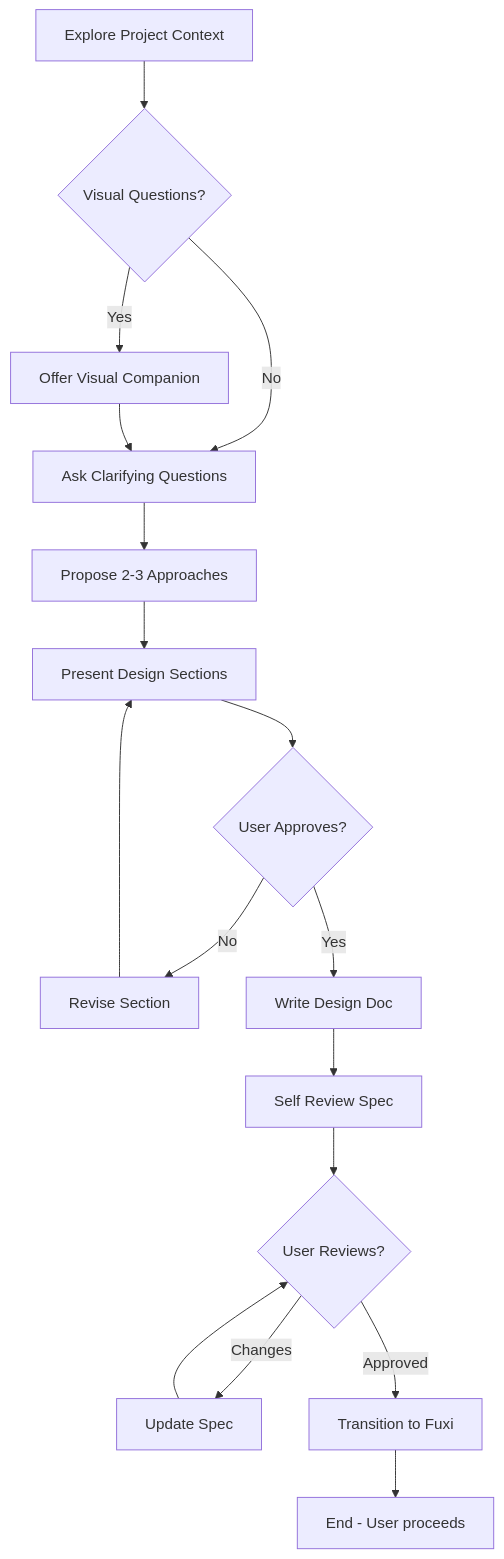
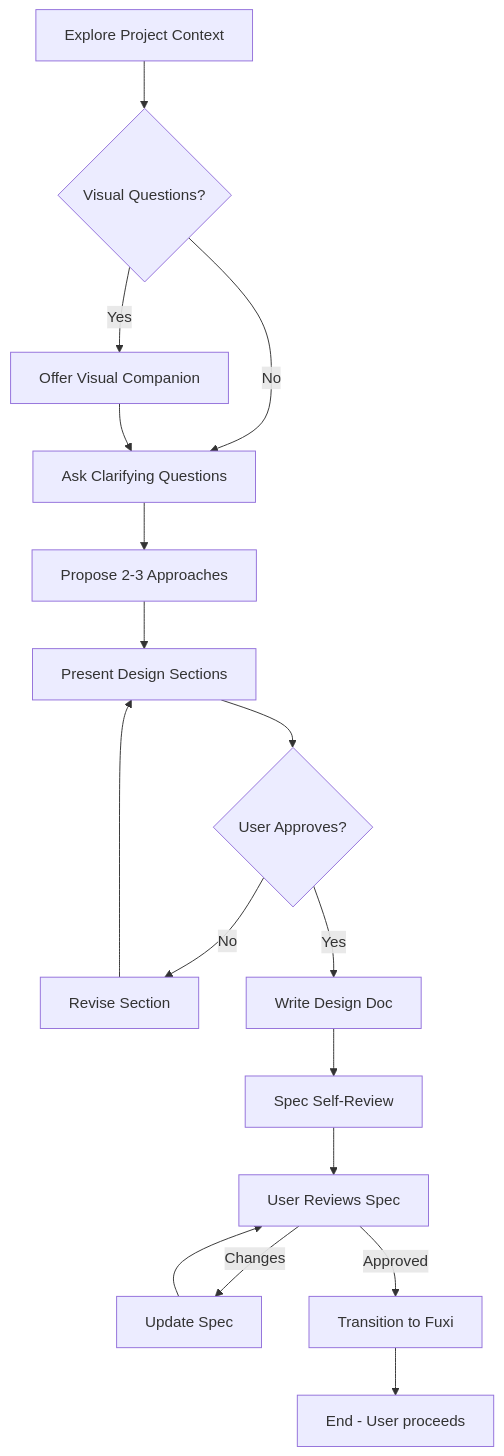
One commit to vanpipy/sages changed the diagram in pi/skills/brainstorming/SKILL.md. Above: the diagram before and after it, drawn with Mermaid. The commit also changed other lines of this file and 1 other file, not shown here.

````diff
--- a/pi/skills/brainstorming/SKILL.md
+++ b/pi/skills/brainstorming/SKILL.md
@@ -38,19 +38,19 @@
 ```mermaid
 flowchart TD
     A[Explore Project Context] --> B{Visual Questions?}
     B -->|Yes| C[Offer Visual Companion]
     B -->|No| D[Ask Clarifying Questions]
     C --> D
     D --> E[Propose 2-3 Approaches]
     E --> F[Present Design Sections]
     F --> G{User Approves?}
     G -->|No| H[Revise Section]
     H --> F
     G -->|Yes| I[Write Design Doc]
-    I --> J[Self Review Spec]
-    J --> K{User Reviews?}
+    I --> J[Spec Self-Review]
+    J --> K[User Reviews Spec]
     K -->|Changes| L[Update Spec]
     L --> K
     K -->|Approved| M[Transition to Fuxi]
     M --> N[End - User proceeds]
 ```
````
